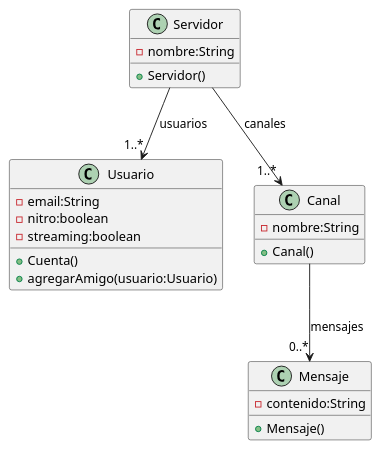
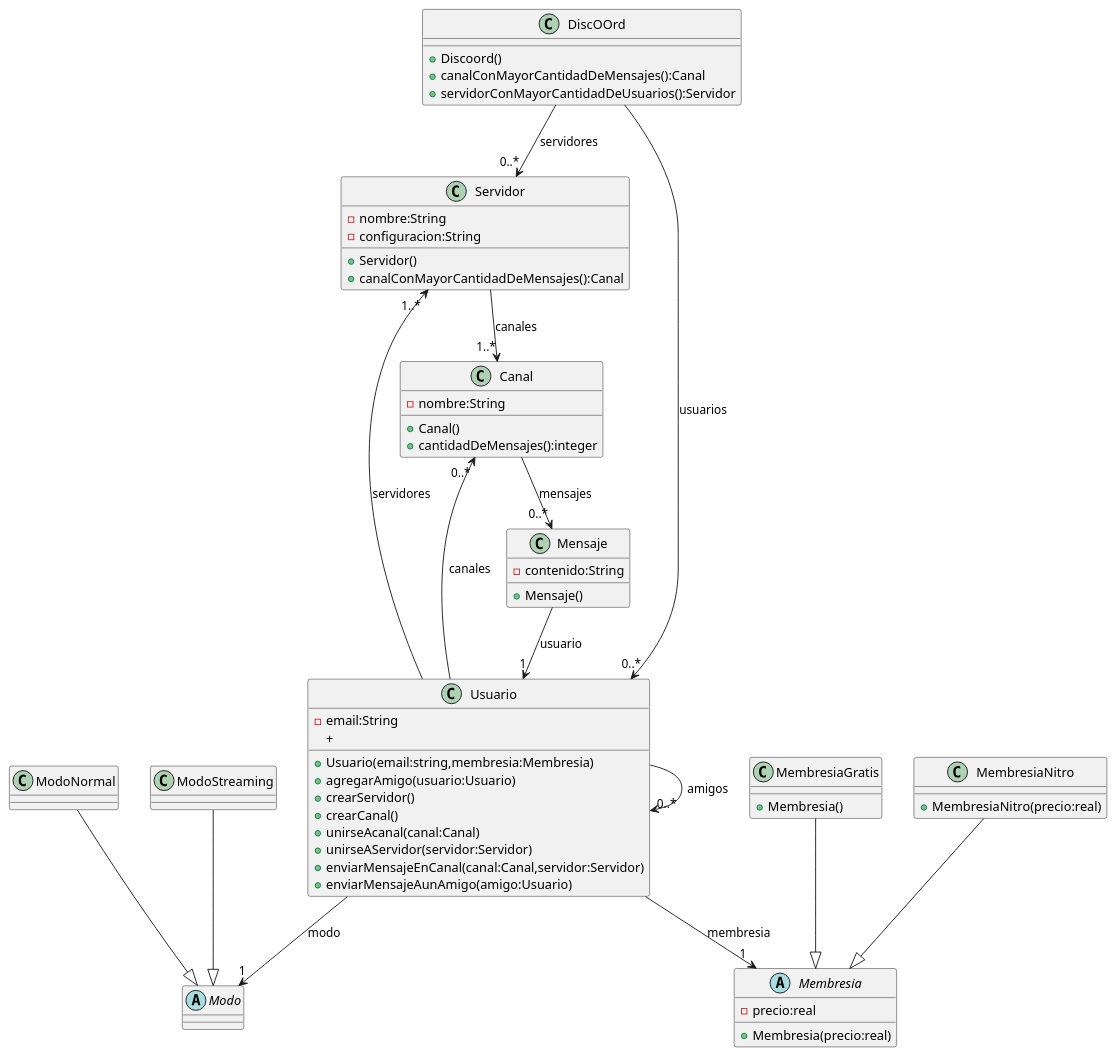
The diagram in Parciales-resueltos/Codigos-UML/DiscOOrd.puml (DerDAVO/OO1), drawn with PlantUML before and after one commit. The commit also changed 2 other files, not shown here.

```diff
--- a/Parciales-resueltos/Codigos-UML/DiscOOrd.puml
+++ b/Parciales-resueltos/Codigos-UML/DiscOOrd.puml
@@ -1,27 +1,68 @@
-@startuml
+@startuml diagrama
+class DiscOOrd{
+    +Discoord()
+    +canalConMayorCantidadDeMensajes():Canal
+    +servidorConMayorCantidadDeUsuarios():Servidor
+}
+DiscOOrd --> "0..*"Servidor : servidores
+DiscOOrd --> "0..*"Usuario : usuarios
 class Usuario{
     -email:String
-    -nitro:boolean
-    -streaming:boolean
-    +Cuenta()
+    +Usuario(email:string,membresia:Membresia)
     +agregarAmigo(usuario:Usuario)
+    +crearServidor()
+    +crearCanal()
+    +unirseAcanal(canal:Canal)
+    +unirseAServidor(servidor:Servidor)
+    +enviarMensajeEnCanal(canal:Canal,servidor:Servidor)
+    +enviarMensajeAunAmigo(amigo:Usuario)
+    +
 }
+Usuario --> "1"Modo : modo
+Usuario -->"1..*"Servidor : servidores
+Usuario -->"0..*"Usuario : amigos
+Usuario -->"0..*"Canal : canales
+Usuario -->"1"Membresia : membresia
+abstract class Membresia{
+    -precio:real
+    +Membresia(precio:real)
+}
+class MembresiaGratis{
+    +Membresia()
+}
+MembresiaGratis --|> Membresia
+class MembresiaNitro{
+    +MembresiaNitro(precio:real)
+}
+MembresiaNitro --|> Membresia
 class Mensaje{
     -contenido:String
     +Mensaje()
 }
+Mensaje --> "1"Usuario : usuario
 class Servidor{
     -nombre:String
+    -configuracion:String
     +Servidor()
+    +canalConMayorCantidadDeMensajes():Canal
 }
-Servidor -->"1..*"Usuario : usuarios
 Servidor -->"1..*"Canal : canales
 
 class Canal{
     -nombre:String
     +Canal()
+    +cantidadDeMensajes():integer
 }
 Canal --> "0..*"Mensaje : mensajes
+abstract class Modo{
+
+}
 
 
+class ModoStreaming{
+}
+ModoStreaming --|> Modo
+class ModoNormal{
+}
+ModoNormal --|> Modo
 @enduml
```
